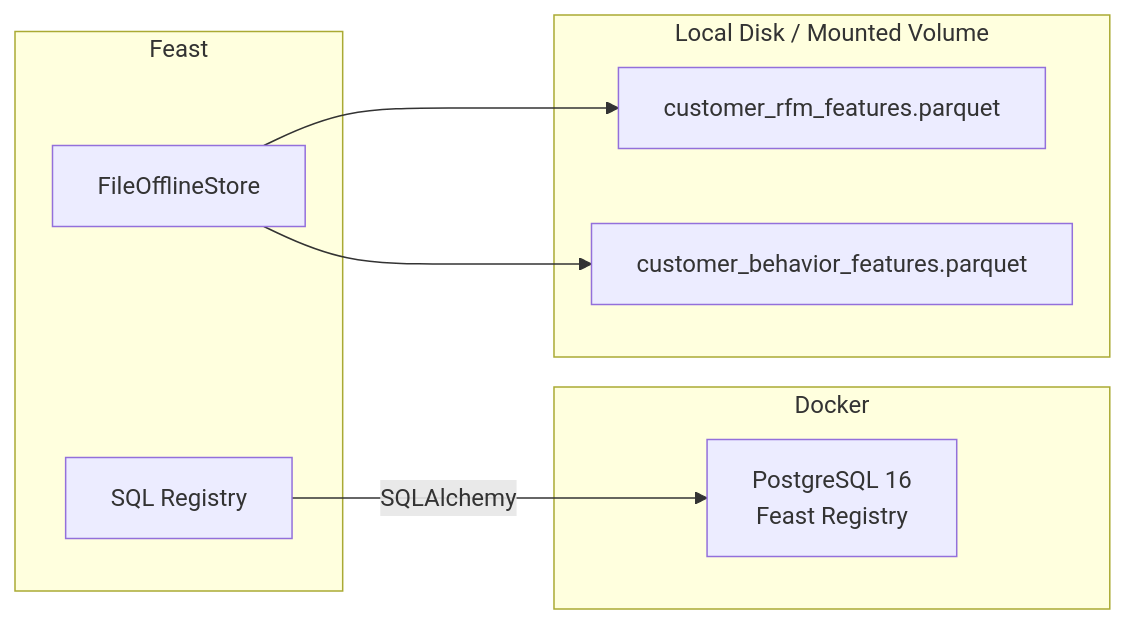
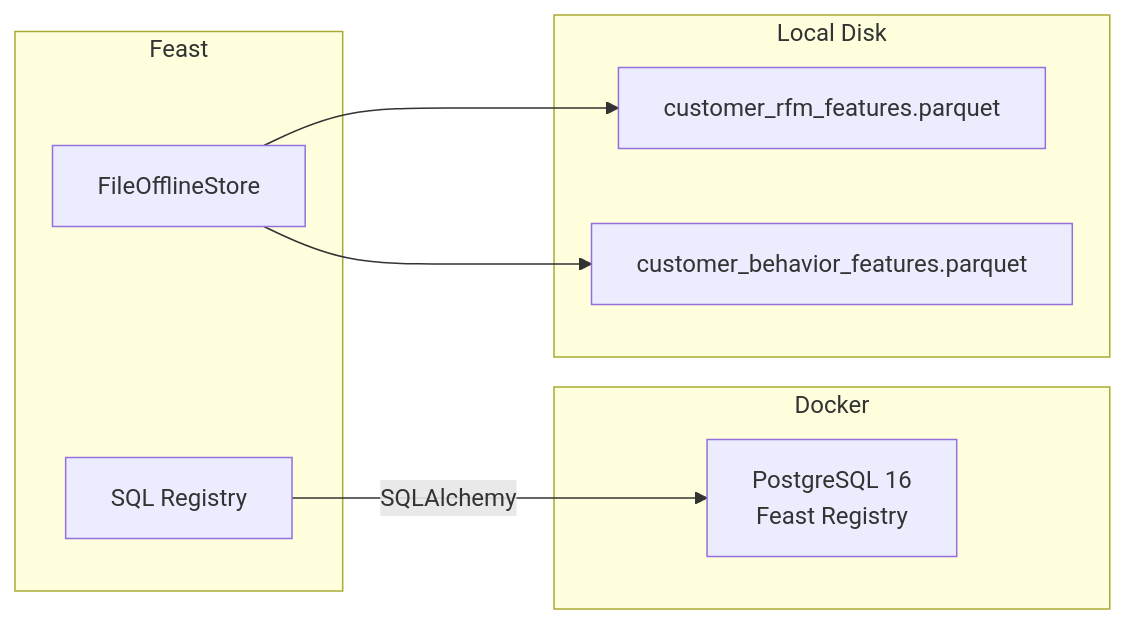
Before and after one commit to kennethleungty/Customer-Purchase-with-Feast-and-Ray: the second of 2 diagrams in README.md, drawn with Mermaid. The commit also changed other lines of this file and 17 other files, not shown here.

````diff
--- a/README.md
+++ b/README.md
@@ -181,20 +170,20 @@
 ```mermaid
 flowchart LR
     subgraph docker [Docker]
         PG["PostgreSQL 16\nFeast Registry"]
     end
 
-    subgraph disk [Local Disk / Mounted Volume]
+    subgraph disk [Local Disk]
         PQ1["customer_rfm_features.parquet"]
         PQ2["customer_behavior_features.parquet"]
     end
 
     subgraph feast [Feast]
         REG["SQL Registry"]
         OFF["FileOfflineStore"]
     end
 
     REG -->|SQLAlchemy| PG
     OFF --> PQ1
     OFF --> PQ2
 ```
````
